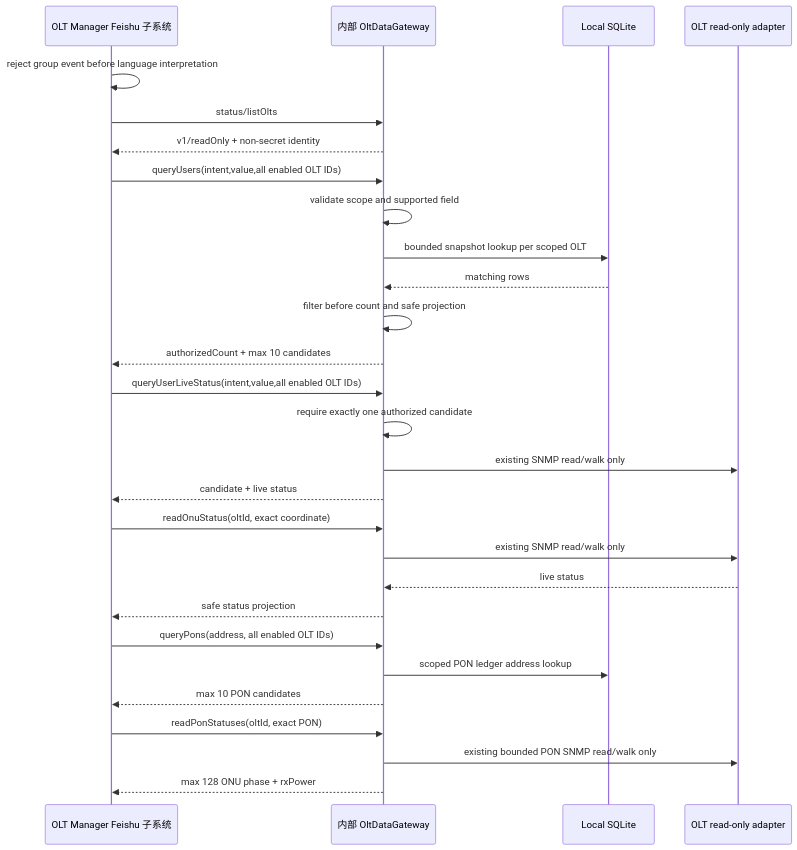
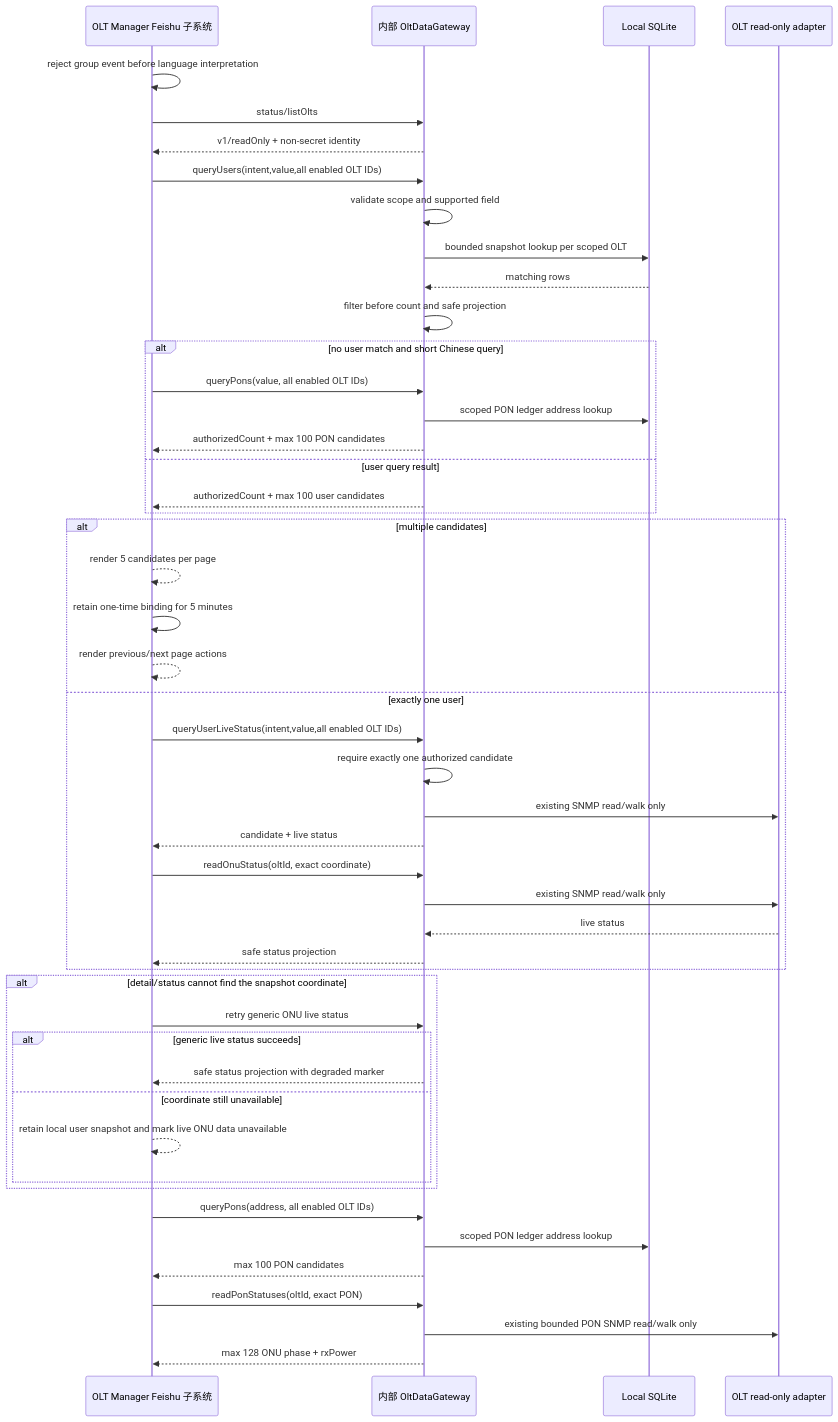
The first of 12 diagrams in docs/design/sequence.md (landvd/OLT-Manager), drawn with Mermaid before and after one commit. The commit also changed 11 other files, not shown here.

Commit message:
fix: improve Feishu query fallback and pagination

````diff
--- a/docs/design/sequence.md
+++ b/docs/design/sequence.md
@@ -7,30 +7,50 @@
 ```mermaid
 sequenceDiagram
   participant Feishu as OLT Manager Feishu 子系统
   participant Gateway as 内部 OltDataGateway
   participant DB as Local SQLite
   participant OLT as OLT read-only adapter
   Feishu->>Feishu: reject group event before language interpretation
   Feishu->>Gateway: status/listOlts
   Gateway-->>Feishu: v1/readOnly + non-secret identity
   Feishu->>Gateway: queryUsers(intent,value,all enabled OLT IDs)
   Gateway->>Gateway: validate scope and supported field
   Gateway->>DB: bounded snapshot lookup per scoped OLT
   DB-->>Gateway: matching rows
   Gateway->>Gateway: filter before count and safe projection
-  Gateway-->>Feishu: authorizedCount + max 10 candidates
-  Feishu->>Gateway: queryUserLiveStatus(intent,value,all enabled OLT IDs)
-  Gateway->>Gateway: require exactly one authorized candidate
-  Gateway->>OLT: existing SNMP read/walk only
-  Gateway-->>Feishu: candidate + live status
-  Feishu->>Gateway: readOnuStatus(oltId, exact coordinate)
-  Gateway->>OLT: existing SNMP read/walk only
-  OLT-->>Gateway: live status
-  Gateway-->>Feishu: safe status projection
+  alt no user match and short Chinese query
+    Feishu->>Gateway: queryPons(value, all enabled OLT IDs)
+    Gateway->>DB: scoped PON ledger address lookup
+    Gateway-->>Feishu: authorizedCount + max 100 PON candidates
+  else user query result
+    Gateway-->>Feishu: authorizedCount + max 100 user candidates
+  end
+  alt multiple candidates
+    Feishu-->>Feishu: render 5 candidates per page
+    Feishu->>Feishu: retain one-time binding for 5 minutes
+    Feishu-->>Feishu: render previous/next page actions
+  else exactly one user
+    Feishu->>Gateway: queryUserLiveStatus(intent,value,all enabled OLT IDs)
+    Gateway->>Gateway: require exactly one authorized candidate
+    Gateway->>OLT: existing SNMP read/walk only
+    Gateway-->>Feishu: candidate + live status
+    Feishu->>Gateway: readOnuStatus(oltId, exact coordinate)
+    Gateway->>OLT: existing SNMP read/walk only
+    OLT-->>Gateway: live status
+    Gateway-->>Feishu: safe status projection
+  end
+  alt detail/status cannot find the snapshot coordinate
+    Feishu->>Gateway: retry generic ONU live status
+    alt generic live status succeeds
+      Gateway-->>Feishu: safe status projection with degraded marker
+    else coordinate still unavailable
+      Feishu-->>Feishu: retain local user snapshot and mark live ONU data unavailable
+    end
+  end
   Feishu->>Gateway: queryPons(address, all enabled OLT IDs)
   Gateway->>DB: scoped PON ledger address lookup
-  Gateway-->>Feishu: max 10 PON candidates
+  Gateway-->>Feishu: max 100 PON candidates
   Feishu->>Gateway: readPonStatuses(oltId, exact PON)
   Gateway->>OLT: existing bounded PON SNMP read/walk only
   Gateway-->>Feishu: max 128 ONU phase + rxPower
 ```
````
